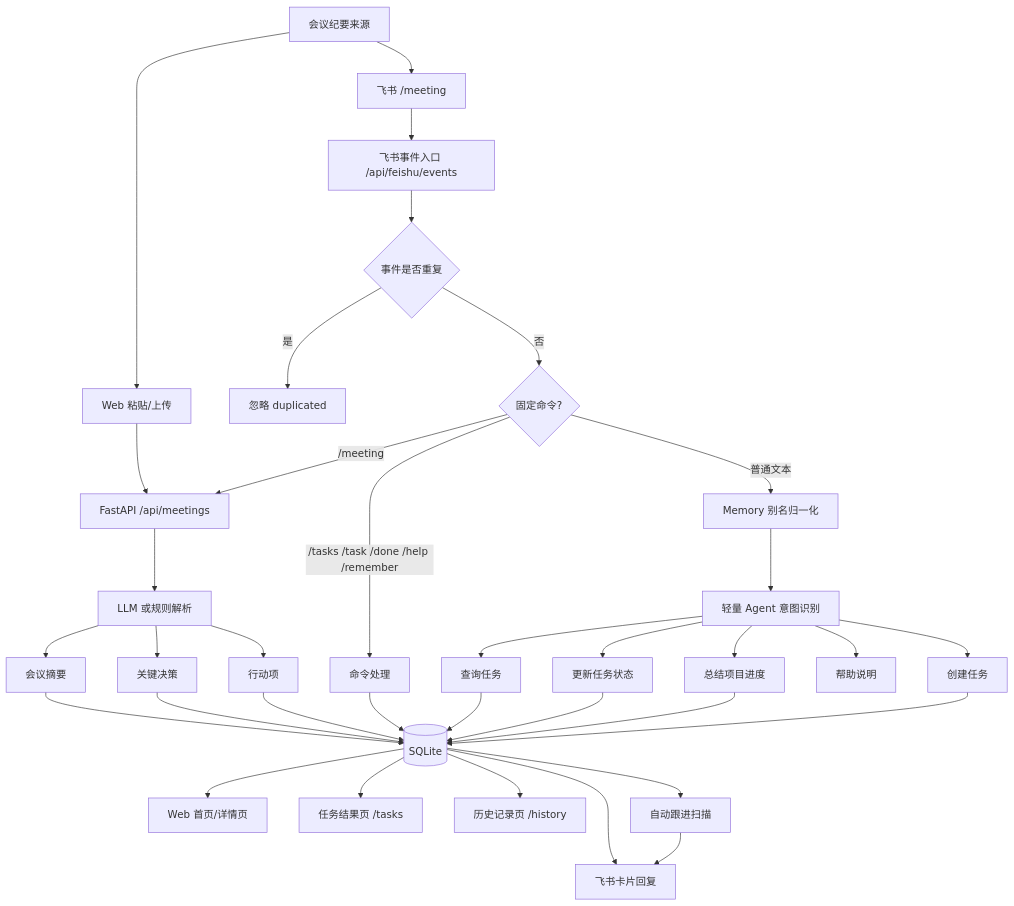
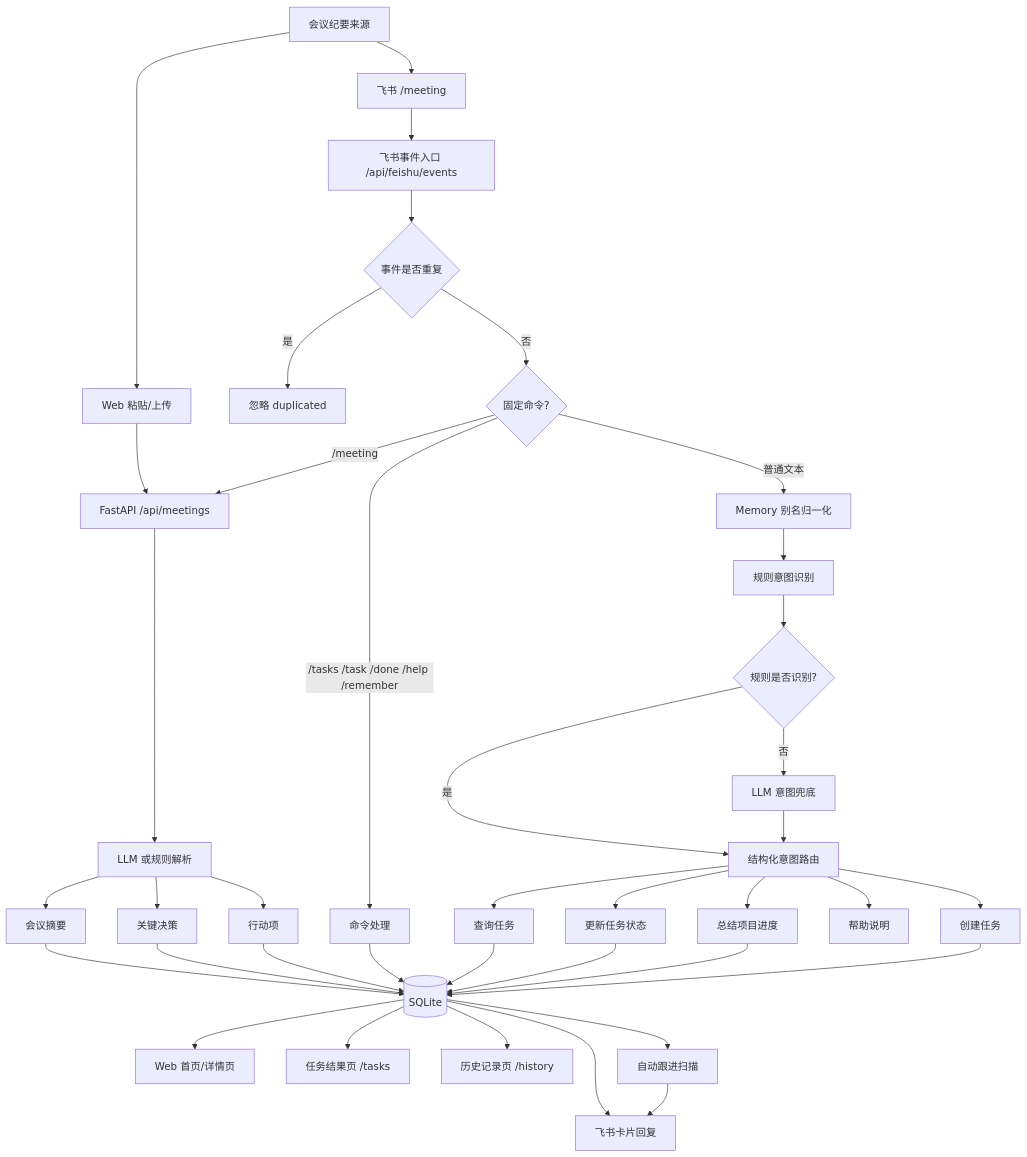
Before and after one commit to Ping-z330/action_bridge: the first of 2 diagrams in README.md, drawn with Mermaid. The commit also changed other lines of this file and 4 other files, not shown here.

````diff
--- a/README.md
+++ b/README.md
@@ -31,46 +32,50 @@
 ```mermaid
 flowchart TD
     A[会议纪要来源] --> A1[Web 粘贴/上传]
     A --> A2[飞书 /meeting]
 
     A1 --> B[FastAPI /api/meetings]
     A2 --> C[飞书事件入口 /api/feishu/events]
 
     C --> C1{事件是否重复}
     C1 -->|是| C2[忽略 duplicated]
     C1 -->|否| D{固定命令?}
 
     D -->|/meeting| B
     D -->|/tasks /task /done /help /remember| E[命令处理]
     D -->|普通文本| F0[Memory 别名归一化]
-    F0 --> F[轻量 Agent 意图识别]
+    F0 --> F[规则意图识别]
+    F --> FLLM{规则是否识别?}
+    FLLM -->|是| FR[结构化意图路由]
+    FLLM -->|否| FLLM2[LLM 意图兜底]
+    FLLM2 --> FR
 
     B --> G[LLM 或规则解析]
     G --> G1[会议摘要]
     G --> G2[关键决策]
     G --> G3[行动项]
 
     G1 --> H[(SQLite)]
     G2 --> H
     G3 --> H
 
-    F --> F1[查询任务]
-    F --> F2[更新任务状态]
-    F --> F3[总结项目进度]
-    F --> F4[帮助说明]
-    F --> F5[创建任务]
+    FR --> F1[查询任务]
+    FR --> F2[更新任务状态]
+    FR --> F3[总结项目进度]
+    FR --> F4[帮助说明]
+    FR --> F5[创建任务]
 
     E --> H
     F1 --> H
     F2 --> H
     F3 --> H
     F5 --> H
 
     H --> I[Web 首页/详情页]
     H --> J[任务结果页 /tasks]
     H --> K[历史记录页 /history]
     H --> L[飞书卡片回复]
 
     H --> M[自动跟进扫描]
     M --> L
 ```
````
